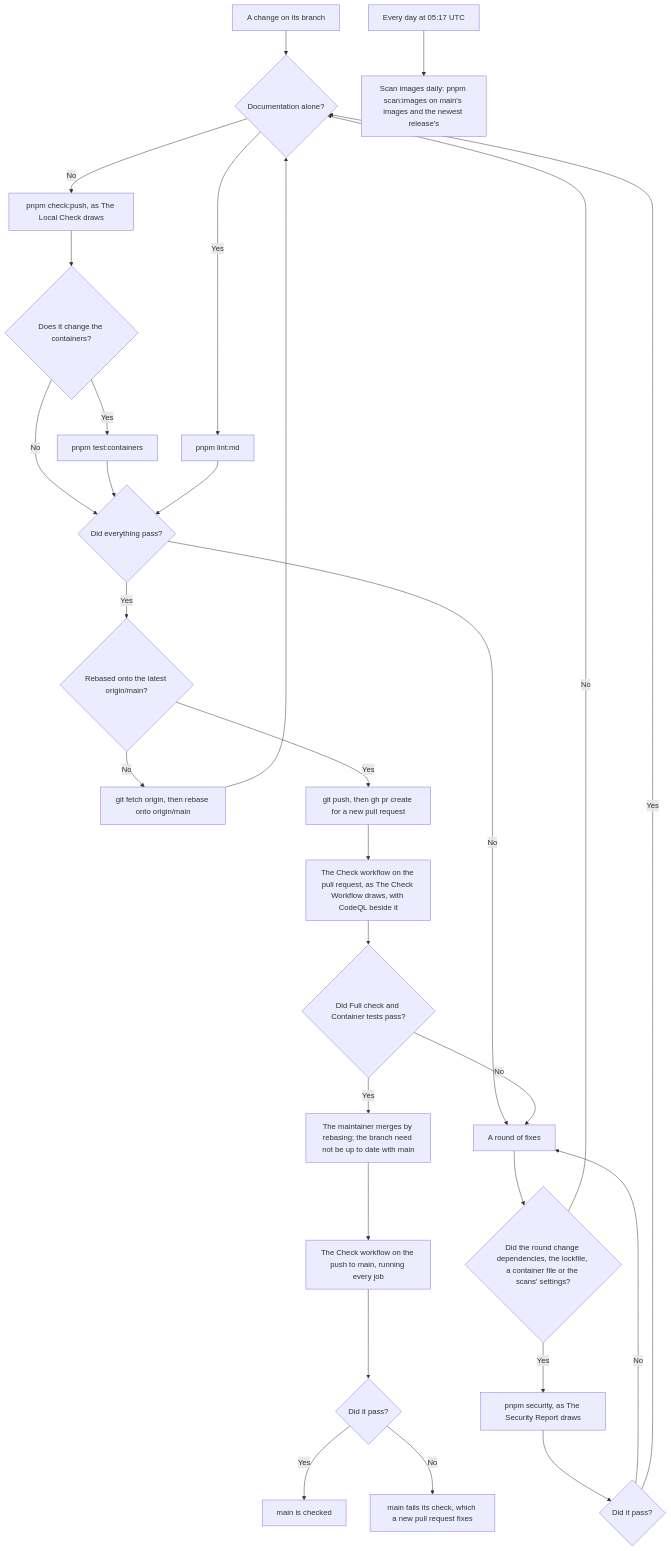
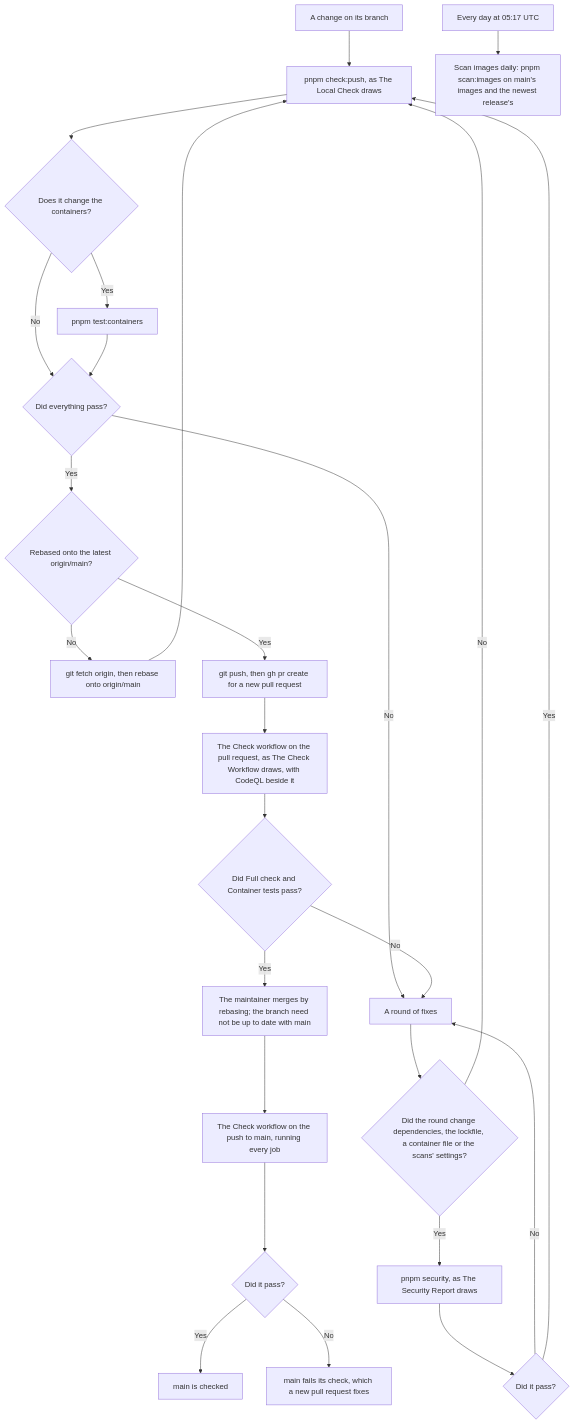
The seventh of 11 diagrams in docs/design/checks-and-ci.md (ribbitworks/fathom), drawn with Mermaid before and after one commit. The commit also changed other lines of this file and 6 other files, not shown here.

First line of the commit message:
chore: let check:push choose its jobs from the change

````diff
--- a/docs/design/checks-and-ci.md
+++ b/docs/design/checks-and-ci.md
@@ -189,31 +186,28 @@
 ```mermaid
 flowchart TD
-    Change["A change on its branch"] --> LocalDocs{"Documentation alone?"}
-    LocalDocs -- Yes --> LintMd["pnpm lint:md"]
-    LocalDocs -- No --> CheckPush["pnpm check:push, as The Local Check draws"]
+    Change["A change on its branch"] --> CheckPush["pnpm check:push, as The Local Check draws"]
     CheckPush --> AffectsContainers{"Does it change the containers?"}
     AffectsContainers -- Yes --> TestContainers["pnpm test:containers"]
     AffectsContainers -- No --> LocalPassed{"Did everything pass?"}
     TestContainers --> LocalPassed
-    LintMd --> LocalPassed
     LocalPassed -- No --> Fix["A round of fixes"]
     Fix --> SecurityInputs{"Did the round change dependencies, the lockfile, a container file or the scans' settings?"}
     SecurityInputs -- Yes --> Security["pnpm security, as The Security Report draws"]
     Security --> SecurityPassed{"Did it pass?"}
     SecurityPassed -- No --> Fix
-    SecurityInputs -- No --> LocalDocs
-    SecurityPassed -- Yes --> LocalDocs
+    SecurityInputs -- No --> CheckPush
+    SecurityPassed -- Yes --> CheckPush
     LocalPassed -- Yes --> Rebased{"Rebased onto the latest origin/main?"}
     Rebased -- No --> Rebase["git fetch origin, then rebase onto origin/main"]
-    Rebase --> LocalDocs
+    Rebase --> CheckPush
     Rebased -- Yes --> Push["git push, then gh pr create for a new pull request"]
     Push --> CheckWorkflow["The Check workflow on the pull request, as The Check Workflow draws, with CodeQL beside it"]
     CheckWorkflow --> Required{"Did Full check and Container tests pass?"}
     Required -- No --> Fix
     Required -- Yes --> Merge["The maintainer merges by rebasing; the branch need not be up to date with main"]
     Merge --> MainRun["The Check workflow on the push to main, running every job"]
     MainRun --> MainPassed{"Did it pass?"}
     MainPassed -- No --> MainFailed["main fails its check, which a new pull request fixes"]
     MainPassed -- Yes --> MainChecked["main is checked"]
     Daily["Every day at 05:17 UTC"] --> ScanImages["Scan images daily: pnpm scan:images on main's images and the newest release's"]
 ```
````
